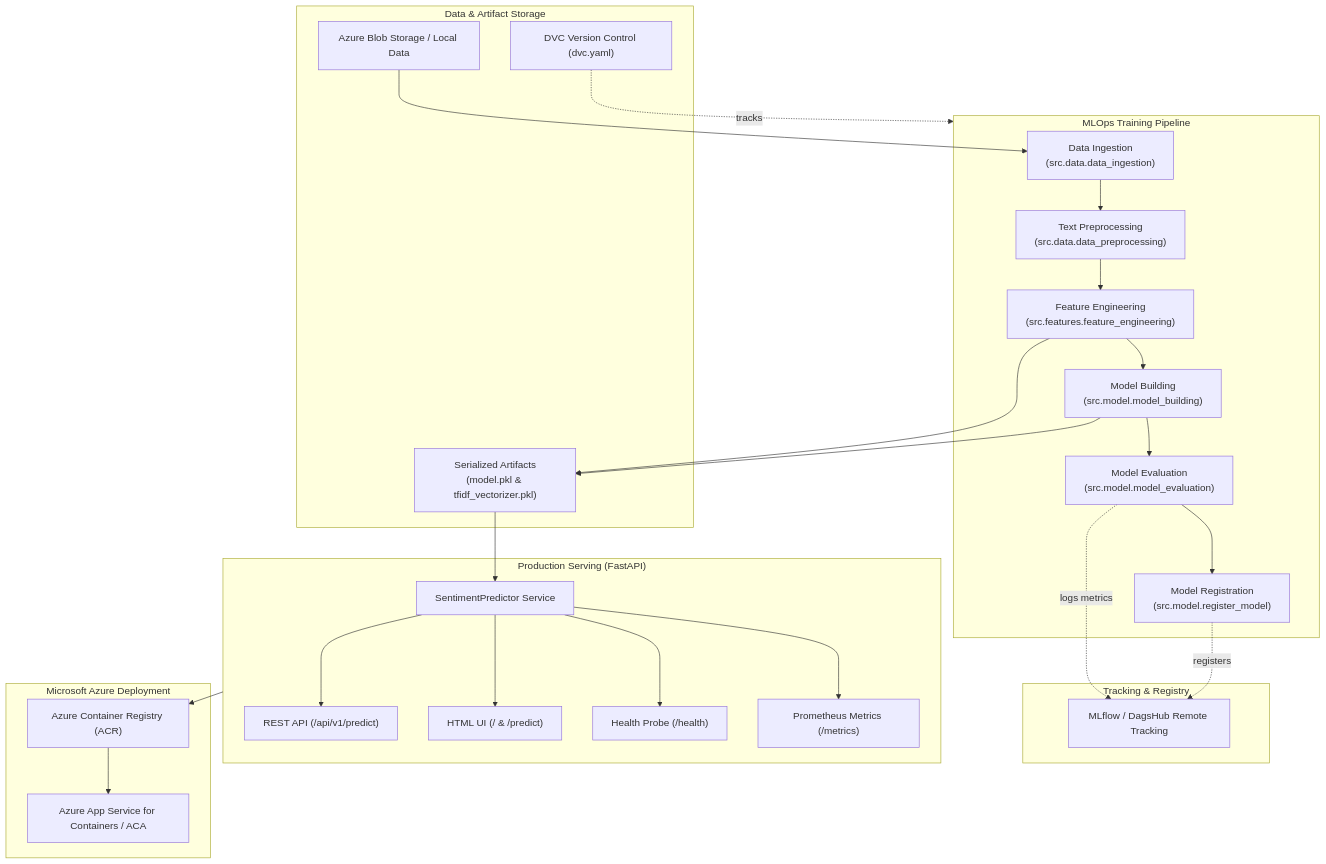
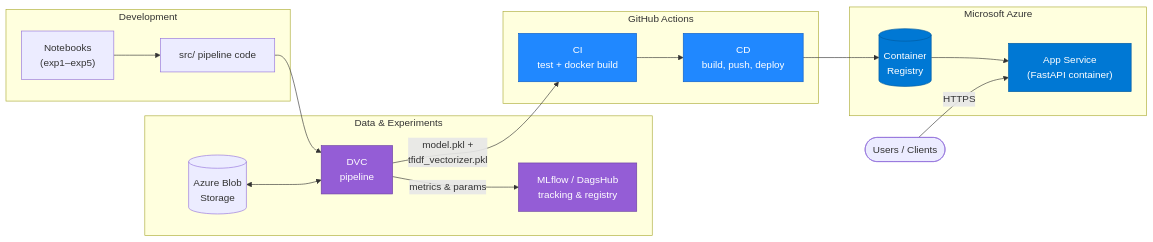
The first of 6 diagrams in README.md (rohitkr8527/sentiment-analysis), drawn with Mermaid before and after one commit. The commit also changed other lines of this file and 4 other files, not shown here.

````diff
--- a/README.md
+++ b/README.md
@@ -62,48 +62,39 @@
 ```mermaid
-flowchart TD
-    subgraph Data_Storage["Data & Artifact Storage"]
-        ABS["Azure Blob Storage / Local Data"]
-        DVC["DVC Version Control (dvc.yaml)"]
-        MODELS["Serialized Artifacts\n(model.pkl & tfidf_vectorizer.pkl)"]
+flowchart LR
+    subgraph DEV[" Development"]
+        NB["Notebooks<br/>(exp1–exp5)"]
+        SRC["src/ pipeline code"]
     end
 
-    subgraph Pipeline["MLOps Training Pipeline"]
-        INGEST["Data Ingestion\n(src.data.data_ingestion)"]
-        PREP["Text Preprocessing\n(src.data.data_preprocessing)"]
-        FEAT["Feature Engineering\n(src.features.feature_engineering)"]
-        TRAIN["Model Building\n(src.model.model_building)"]
-        EVAL["Model Evaluation\n(src.model.model_evaluation)"]
-        REG["Model Registration\n(src.model.register_model)"]
+    subgraph DATA[" Data & Experiments"]
+        BLOB[("Azure Blob<br/>Storage")]
+        DVC["DVC<br/>pipeline"]
+        MLF["MLflow / DagsHub<br/>tracking & registry"]
     end
 
-    subgraph Experiment_Tracking["Tracking & Registry"]
-        MLF["MLflow / DagsHub Remote Tracking"]
+    subgraph CICD[" GitHub Actions"]
+        CI["CI<br/>test + docker build"]
+        CD["CD<br/>build, push, deploy"]
     end
 
-    subgraph Serving_Layer["Production Serving (FastAPI)"]
-        PRED["SentimentPredictor Service"]
-        API["REST API (/api/v1/predict)"]
-        WEB["HTML UI (/ & /predict)"]
-        HEALTH["Health Probe (/health)"]
-        PROM["Prometheus Metrics (/metrics)"]
+    subgraph AZ[" Microsoft Azure"]
+        ACR[("Container<br/>Registry")]
+        APP["App Service<br/>(FastAPI container)"]
     end
 
-    subgraph Azure_Cloud["Microsoft Azure Deployment"]
-        ACR["Azure Container Registry (ACR)"]
-        APP["Azure App Service for Containers / ACA"]
-    end
+    USER([" Users / Clients"])
 
-    ABS --> INGEST
-    INGEST --> PREP --> FEAT --> TRAIN --> EVAL --> REG
-    DVC -. tracks .-> Pipeline
-    FEAT --> MODELS
-    TRAIN --> MODELS
-    EVAL -. logs metrics .-> MLF
-    REG -. registers .-> MLF
-    MODELS --> PRED
-    PRED --> API
-    PRED --> WEB
-    PRED --> HEALTH
-    PRED --> PROM
-    Serving_Layer --> ACR --> APP
+    NB --> SRC --> DVC
+    BLOB <--> DVC
+    DVC -- "metrics & params" --> MLF
+    DVC -- "model.pkl +<br/>tfidf_vectorizer.pkl" --> CI
+    CI --> CD --> ACR --> APP
+    USER -- "HTTPS" --> APP
+
+    classDef azure fill:#0078D4,color:#fff,stroke:#005a9e;
+    classDef ml fill:#945DD6,color:#fff,stroke:#6b3fa0;
+    classDef ci fill:#2088FF,color:#fff,stroke:#0b5cc4;
+    class ACR,APP azure;
+    class DVC,MLF ml;
+    class CI,CD ci;
 ```
````
